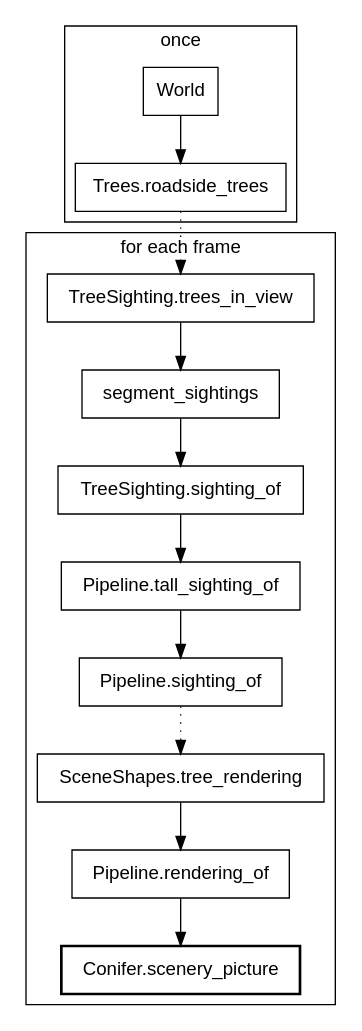
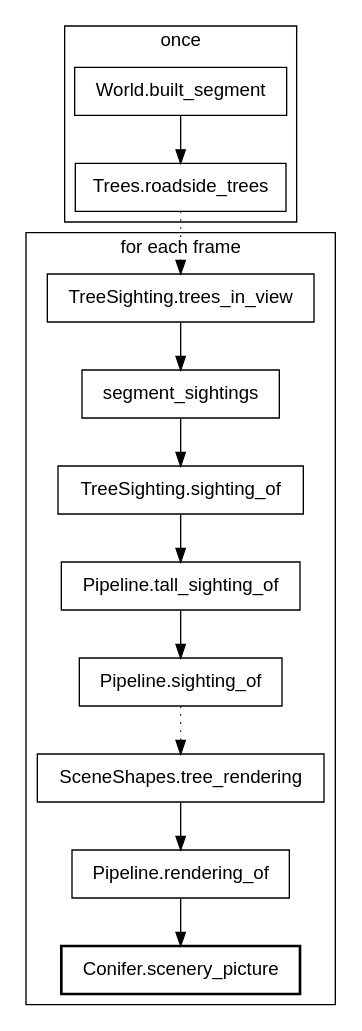
The eighth of 34 diagrams in canvas_apps/safari/tutorial/tutorial.md (showell/roc-apps), drawn with Graphviz before and after one commit. The commit also changed other lines of this file, not shown here.

````diff
--- a/canvas_apps/safari/tutorial/tutorial.md
+++ b/canvas_apps/safari/tutorial/tutorial.md
@@ -559,22 +564,22 @@
 ```dot
 digraph roadside {
   node [shape=box, fontname="Helvetica"];
   fontname="Helvetica";
   subgraph cluster_once {
     label="once";
-    World -> "Trees.roadside_trees";
+    "World.built_segment" -> "Trees.roadside_trees";
   }
   subgraph cluster_frame {
     label="for each frame";
     "TreeSighting.trees_in_view" -> "segment_sightings";
     "segment_sightings" -> "TreeSighting.sighting_of";
     "TreeSighting.sighting_of" -> "Pipeline.tall_sighting_of";
     "Pipeline.tall_sighting_of" -> "Pipeline.sighting_of";
     "SceneShapes.tree_rendering" -> "Pipeline.rendering_of";
     "Pipeline.rendering_of" -> "Conifer.scenery_picture";
   }
   "Trees.roadside_trees" -> "TreeSighting.trees_in_view" [style=dotted];
   "Pipeline.sighting_of" -> "SceneShapes.tree_rendering" [style=dotted];
   "Conifer.scenery_picture" [style=bold];
 }
 ```
````
